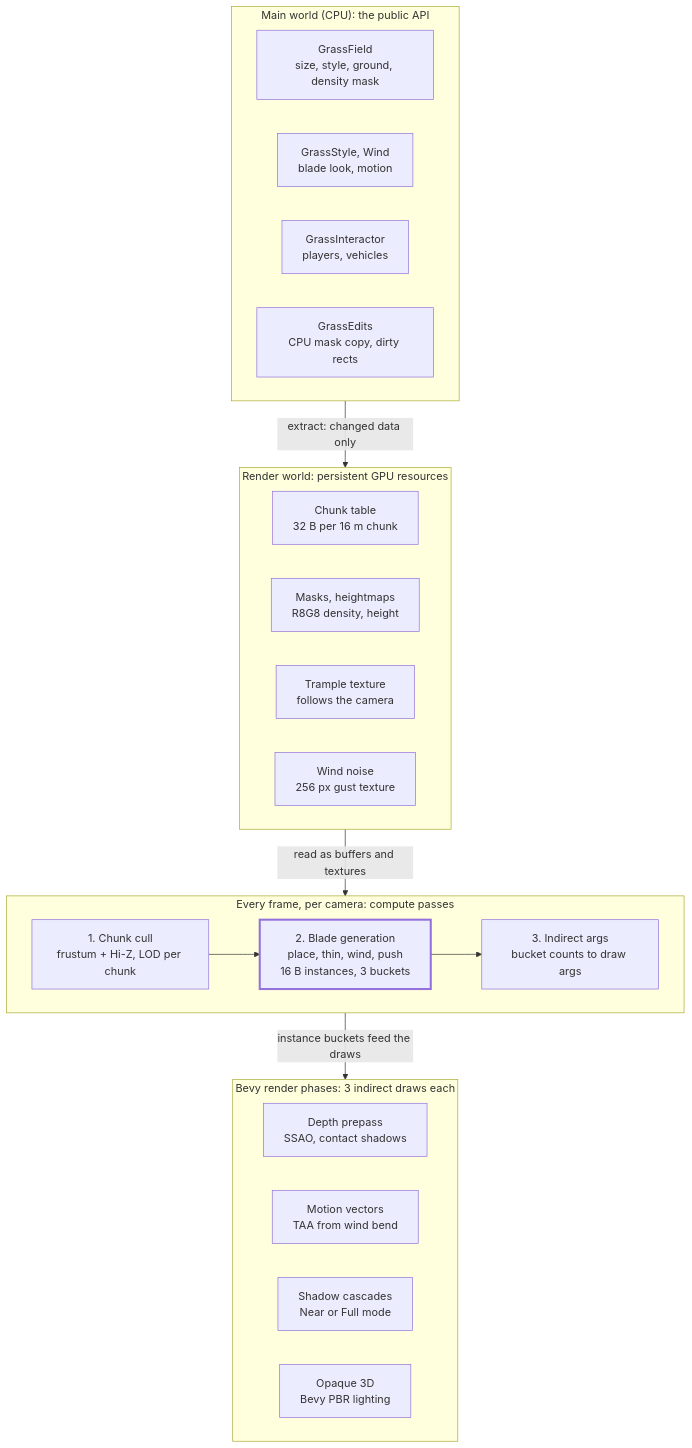
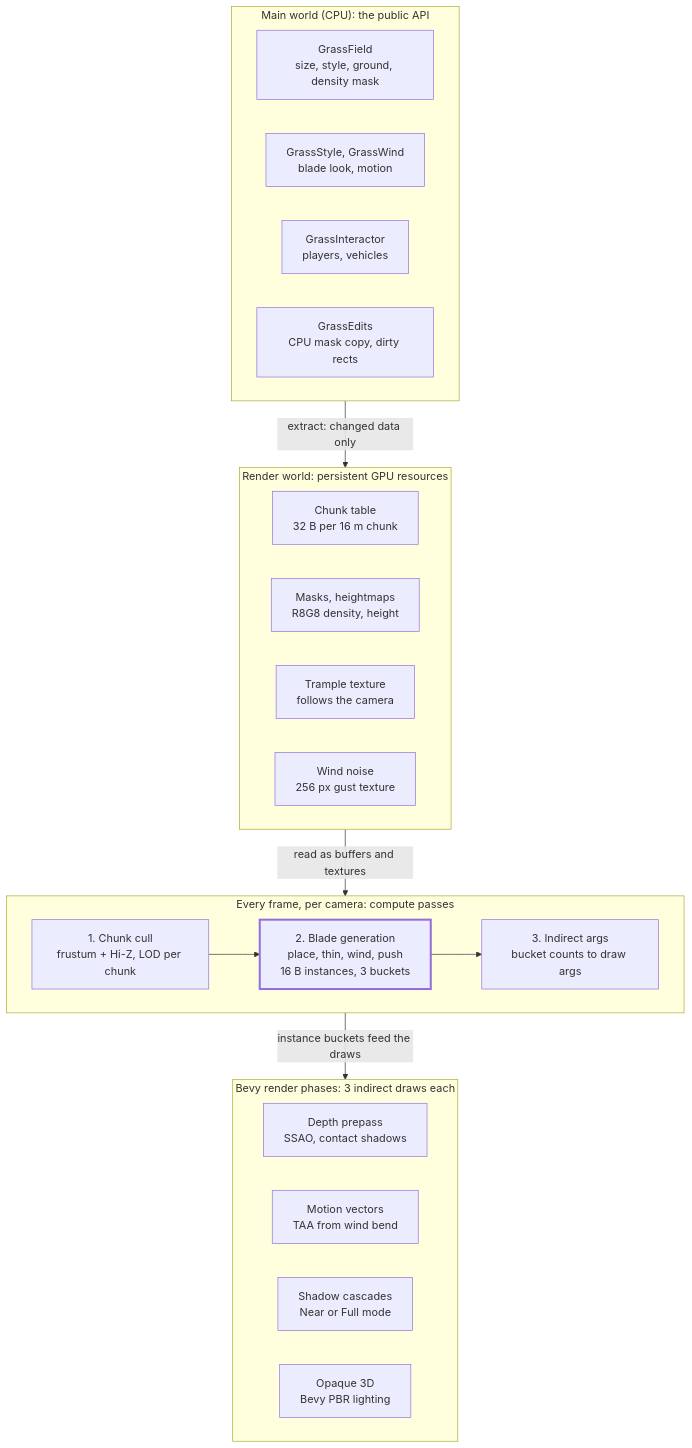
Before and after one commit to GEMI/bevy-grass: the first of 2 diagrams in bevy-grass-architecture-plan.md, drawn with Mermaid. The commit also changed other lines of this file and 51 other files, not shown here.

````diff
--- a/bevy-grass-architecture-plan.md
+++ b/bevy-grass-architecture-plan.md
@@ -98,33 +100,33 @@
 ```mermaid
 flowchart TB
     subgraph MW["Main world (CPU): the public API"]
         direction LR
         F["GrassField<br/>size, style, ground, density mask"]
-        S["GrassStyle, Wind<br/>blade look, motion"]
+        S["GrassStyle, GrassWind<br/>blade look, motion"]
         I["GrassInteractor<br/>players, vehicles"]
         E["GrassEdits<br/>CPU mask copy, dirty rects"]
     end
     subgraph RW["Render world: persistent GPU resources"]
         direction LR
         CT["Chunk table<br/>32 B per 16 m chunk"]
         MK["Masks, heightmaps<br/>R8G8 density, height"]
         TT["Trample texture<br/>follows the camera"]
         WN["Wind noise<br/>256 px gust texture"]
     end
     subgraph CP["Every frame, per camera: compute passes"]
         direction LR
         C1["1. Chunk cull<br/>frustum + Hi-Z, LOD per chunk"] --> C2["2. Blade generation<br/>place, thin, wind, push<br/>16 B instances, 3 buckets"]
         C2 --> C3["3. Indirect args<br/>bucket counts to draw args"]
     end
     subgraph BP["Bevy render phases: 3 indirect draws each"]
         direction LR
         P1["Depth prepass<br/>SSAO, contact shadows"]
         P2["Motion vectors<br/>TAA from wind bend"]
         P3["Shadow cascades<br/>Near or Full mode"]
         P4["Opaque 3D<br/>Bevy PBR lighting"]
     end
     MW -- "extract: changed data only" --> RW
     RW -- "read as buffers and textures" --> CP
     CP -- "instance buckets feed the draws" --> BP
     style C2 stroke-width:3px
 ```
````
